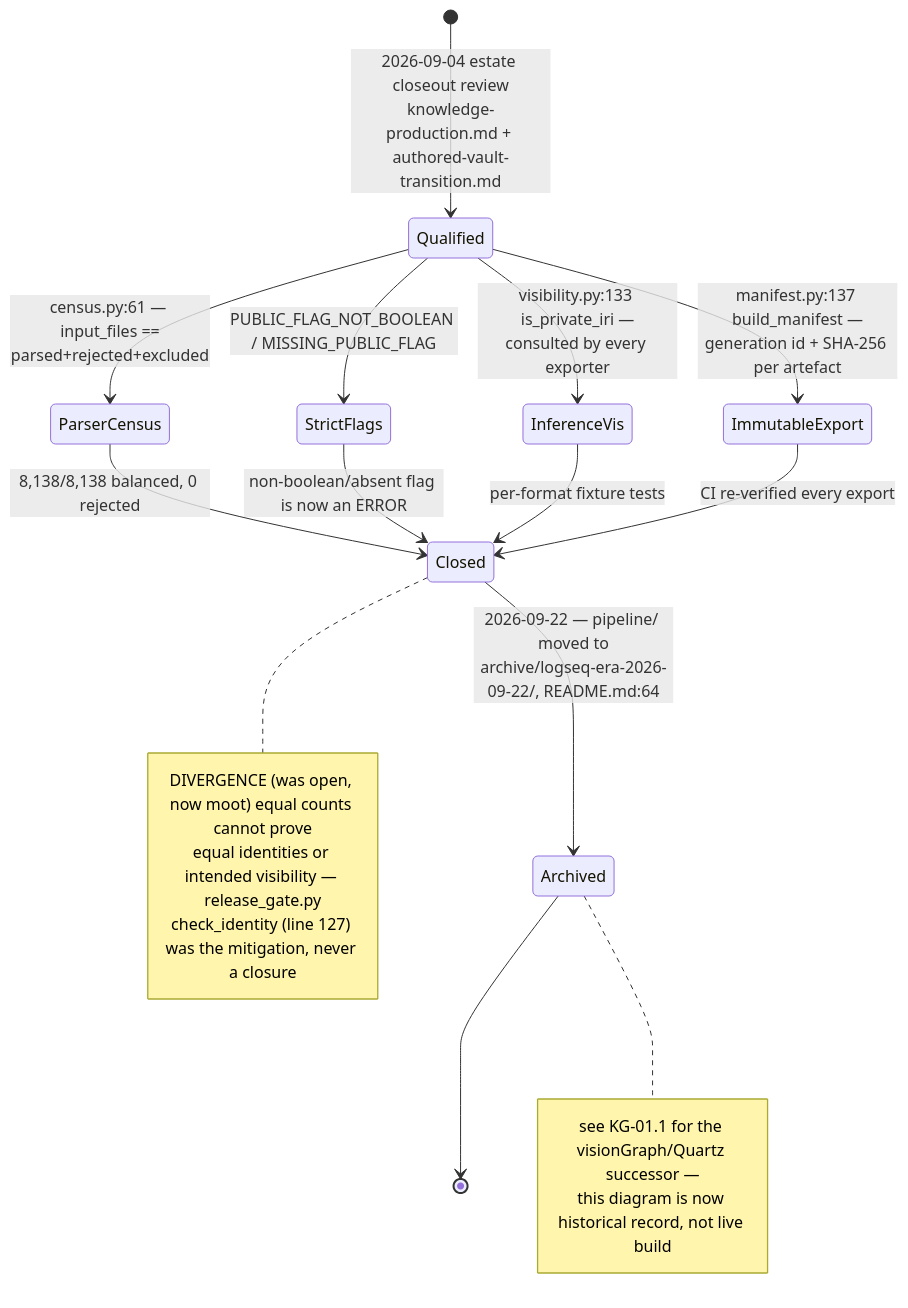
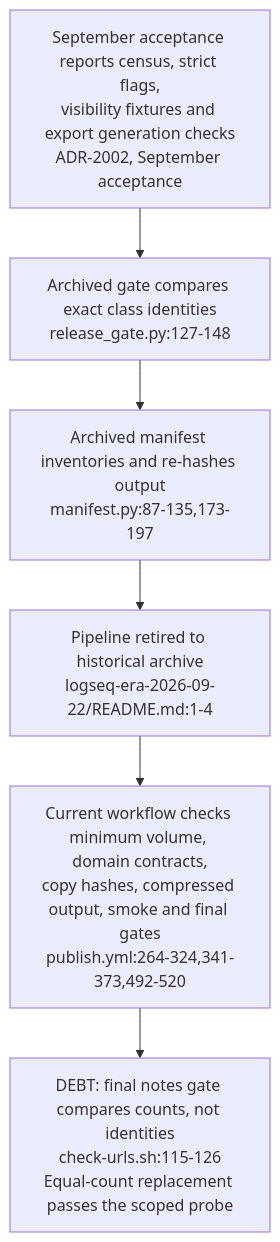
Before and after one commit to DreamLab-AI/VisionFlow: the second of 3 diagrams in docs/diagrams/knowledgegraph/07-invariants-register.md, drawn with Mermaid. The commit also changed other lines of this file and 18 other files, not shown here.

Commit message:
docs: audit publication gates and historical invariant succession

````diff
--- a/docs/diagrams/knowledgegraph/07-invariants-register.md
+++ b/docs/diagrams/knowledgegraph/07-invariants-register.md
@@ -40,16 +52,11 @@
 ```mermaid
-stateDiagram-v2
-    [*] --> Qualified: 2026-09-04 estate closeout review<br/>knowledge-production.md + authored-vault-transition.md
-    Qualified --> ParserCensus: census.py:61 — input_files ==<br/>parsed+rejected+excluded
-    Qualified --> StrictFlags: PUBLIC_FLAG_NOT_BOOLEAN / MISSING_PUBLIC_FLAG
-    Qualified --> InferenceVis: visibility.py:133 is_private_iri —<br/>consulted by every exporter
-    Qualified --> ImmutableExport: manifest.py:137 build_manifest —<br/>generation id + SHA-256 per artefact
-    ParserCensus --> Closed: 8,138/8,138 balanced, 0 rejected
-    StrictFlags --> Closed: non-boolean/absent flag is now an ERROR
-    InferenceVis --> Closed: per-format fixture tests
-    ImmutableExport --> Closed: CI re-verified every export
-    Closed --> Archived: 2026-09-22 — pipeline/ moved to<br/>archive/logseq-era-2026-09-22/, README.md:64
-    Archived --> [*]
-    note right of Closed: DIVERGENCE #40;was open, now moot#41; equal counts cannot prove<br/>equal identities or intended visibility — release_gate.py<br/>check_identity #40;line 127#41; was the mitigation, never a closure
-    note right of Archived: see KG-01.1 for the visionGraph/Quartz successor —<br/>this diagram is now historical record, not live build
+flowchart TB
+    OLD["September acceptance reports census, strict flags,<br/>visibility fixtures and export generation checks<br/>ADR-2002, September acceptance"]
+    %% Source: ADR-2002-corpus-is-the-ontology.md:90-138
+    SET["Archived gate compares exact class identities<br/>release_gate.py:127-148"]
+    HASH["Archived manifest inventories and re-hashes output<br/>manifest.py:87-135,173-197"]
+    ARCH["Pipeline retired to historical archive<br/>logseq-era-2026-09-22/README.md:1-4"]
+    NEW["Current workflow checks minimum volume, domain contracts,<br/>copy hashes, compressed output, smoke and final gates<br/>publish.yml:264-324,341-373,492-520"]
+    LIMIT["DEBT: final notes gate compares counts, not identities<br/>check-urls.sh:115-126<br/>Equal-count replacement passes the scoped probe"]
+    OLD --> SET --> HASH --> ARCH --> NEW --> LIMIT
 ```
````
